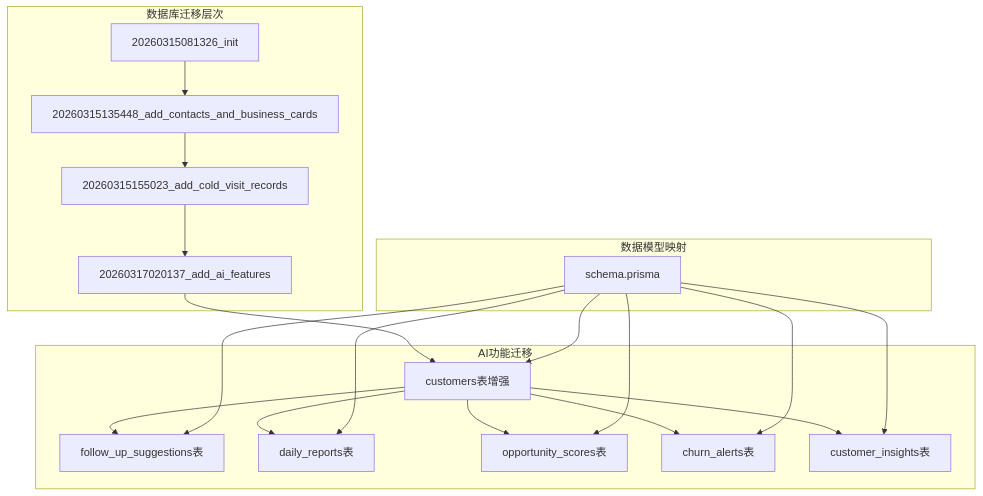
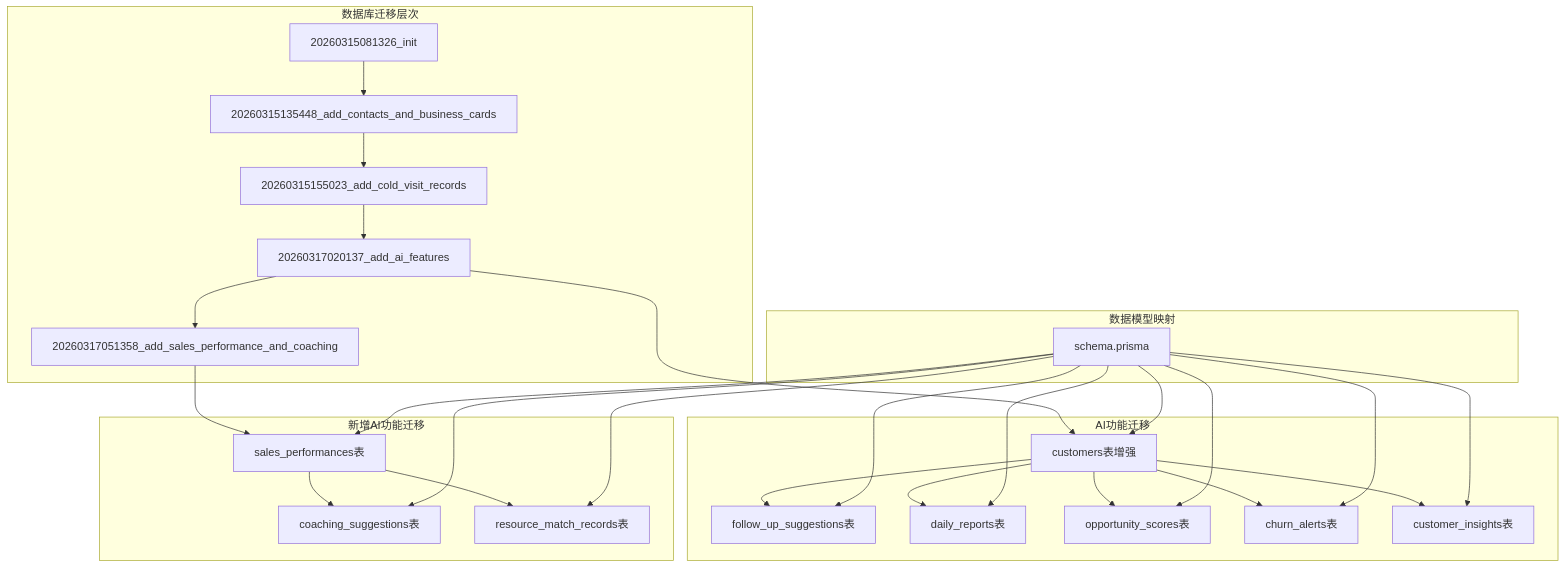
One commit to xianjianshenqu/SalesFlow-CRM changed the eighth of 11 diagrams in .qoder/repowiki/zh/content/Ai Audio Analysis.md. Above: the diagram before and after it, drawn with Mermaid. The commit also changed other lines of this file and 28 other files, not shown here.

````diff
--- a/.qoder/repowiki/zh/content/Ai Audio Analysis.md
+++ b/.qoder/repowiki/zh/content/Ai Audio Analysis.md
@@ -391,24 +481,33 @@
 ```mermaid
 graph TB
 subgraph "数据库迁移层次"
 M1[20260315081326_init] --> M2[20260315135448_add_contacts_and_business_cards]
 M2 --> M3[20260315155023_add_cold_visit_records]
 M3 --> M4[20260317020137_add_ai_features]
+M4 --> M5[20260317051358_add_sales_performance_and_coaching]
 end
 subgraph "AI功能迁移"
 M4 --> T1[customers表增强]
 T1 --> T2[follow_up_suggestions表]
 T1 --> T3[daily_reports表]
 T1 --> T4[opportunity_scores表]
 T1 --> T5[churn_alerts表]
 T1 --> T6[customer_insights表]
 end
+subgraph "新增AI功能迁移"
+M5 --> T7[sales_performances表]
+T7 --> T8[coaching_suggestions表]
+T7 --> T9[resource_match_records表]
+end
 subgraph "数据模型映射"
 S1[schema.prisma] --> T1
 S1 --> T2
 S1 --> T3
 S1 --> T4
 S1 --> T5
 S1 --> T6
+S1 --> T7
+S1 --> T8
+S1 --> T9
 end
 ```
````
